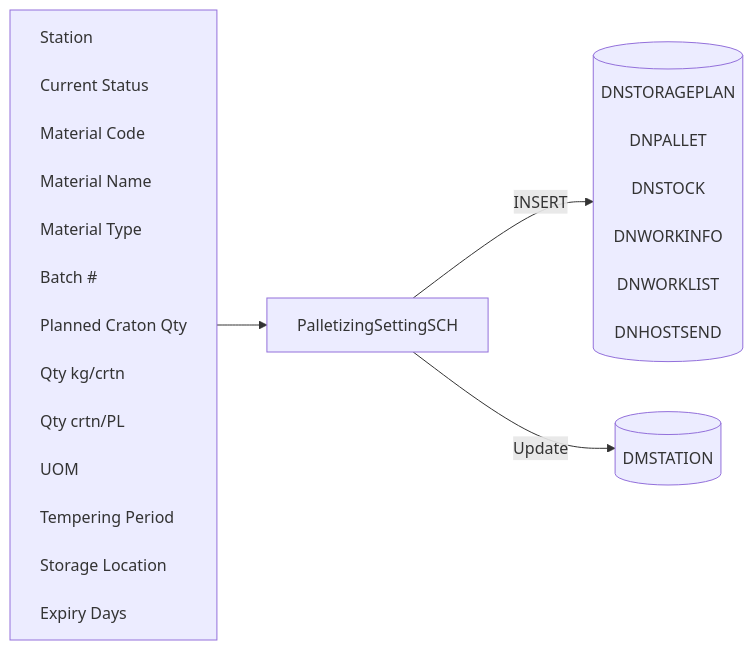
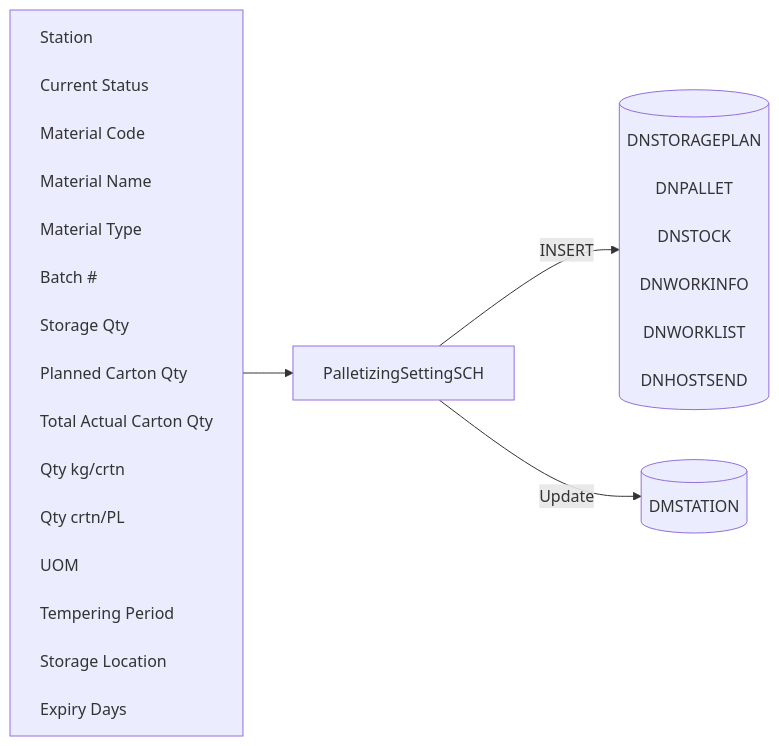
One commit to luthfiadityaa/SimeDarby-Wiki changed the diagram in Basic-Design/DFD-WMS/Storage/Palletizing-Settting/Batch-End.md. Above: the diagram before and after it, drawn with Mermaid. The commit also changed other lines of this file, not shown here.

```diff
--- a/Basic-Design/DFD-WMS/Storage/Palletizing-Settting/Batch-End.md
+++ b/Basic-Design/DFD-WMS/Storage/Palletizing-Settting/Batch-End.md
@@ -21,40 +21,42 @@
 ::: mermaid
 flowchart LR
     input[
         Station<br>
         Current Status<br>
         Material Code<br>
         Material Name<br>
         Material Type<br>
         Batch #<br>
-        Planned Craton Qty<br>
+        Storage Qty<br>
+        Planned Carton Qty<br>
+        Total Actual Carton Qty<br>
         Qty kg/crtn<br>
         Qty crtn/PL<br>
         UOM<br>
         Tempering Period<br>
         Storage Location<br>
         Expiry Days<br>
     ]
 
     tableList-insert[("
         DNSTORAGEPLAN<br>
         DNPALLET<br>
         DNSTOCK<br>
         DNWORKINFO<br>
         DNWORKLIST<br>
         DNHOSTSEND<br>
     ")]
 
     tableList-update[("
         DMSTATION
     ")]
 
     className[PalletizingSettingSCH]
 
     input --> className --> |INSERT| tableList-insert
     className --> |Update| tableList-update
 
     classDef leftAlign text-align:left;
     class input leftAlign;
 
 :::
```
